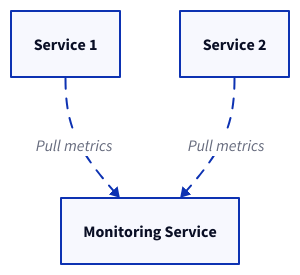
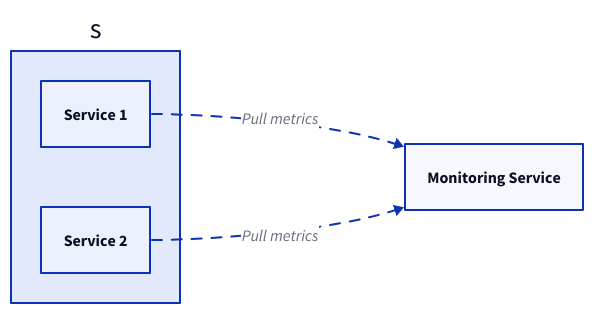
The third of 8 diagrams in content/docs/system-administration/system-monitoring/_index.md (link1905/system-design-101), drawn with D2 before and after one commit. The commit also changed other lines of this file and 21 other files, not shown here.

````diff
--- a/content/docs/system-administration/system-monitoring/_index.md
+++ b/content/docs/system-administration/system-monitoring/_index.md
@@ -75,17 +83,21 @@
 ```d2
+direction: right
+s {
+  class: none
+  s1: Service 1 {
+      class: server
+  }
+  s2: Service 2 {
+      class: server
+  }
+}
 m: Monitoring Service {
-    class: server
+    class: monitor
 }
-s1: Service 1 {
-    class: server
-}
-s2: Service 2 {
-    class: server
-}
-s1 -> m: Pull metrics {
+s.s1 -> m: Pull metrics {
   style.animated: true
 }
-s2 -> m: Pull metrics {
+s.s2 -> m: Pull metrics {
   style.animated: true
 }
 ```
````
